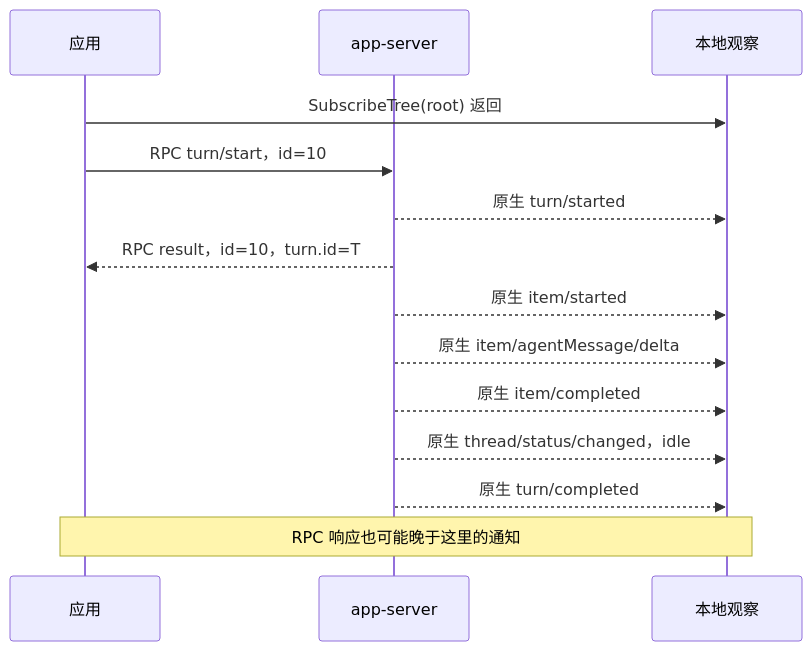
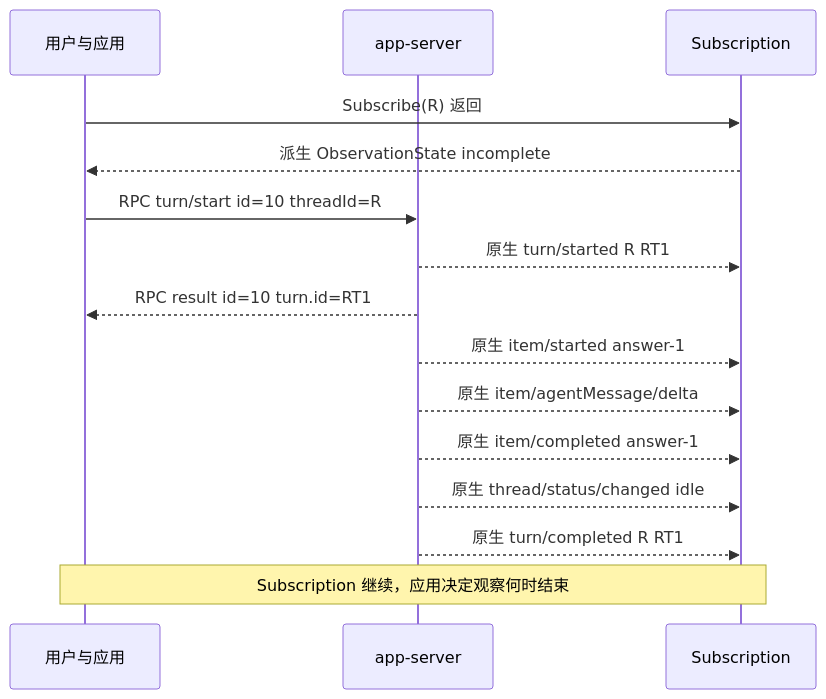
The first of 7 diagrams in docs/event-sequences.md (zoumo/agent-sdk-go), drawn with Mermaid before and after one commit. The commit also changed other lines of this file and 26 other files, not shown here.

Commit message:
Make Subscribe manage root and descendant events by default

````diff
--- a/docs/event-sequences.md
+++ b/docs/event-sequences.md
@@ -45,16 +23,17 @@
 ```mermaid
 sequenceDiagram
-    participant A as 应用
+    participant U as 用户与应用
     participant S as app-server
-    participant O as 本地观察
-    A->>O: SubscribeTree(root) 返回
-    A->>S: RPC turn/start，id=10
-    S-->>O: 原生 turn/started
-    S-->>A: RPC result，id=10，turn.id=T
-    S-->>O: 原生 item/started
+    participant O as Subscription
+    U->>O: Subscribe(R) 返回
+    O-->>U: 派生 ObservationState incomplete
+    U->>S: RPC turn/start id=10 threadId=R
+    S-->>O: 原生 turn/started R RT1
+    S-->>U: RPC result id=10 turn.id=RT1
+    S-->>O: 原生 item/started answer-1
     S-->>O: 原生 item/agentMessage/delta
-    S-->>O: 原生 item/completed
-    S-->>O: 原生 thread/status/changed，idle
-    S-->>O: 原生 turn/completed
-    Note over A,O: RPC 响应也可能晚于这里的通知
+    S-->>O: 原生 item/completed answer-1
+    S-->>O: 原生 thread/status/changed idle
+    S-->>O: 原生 turn/completed R RT1
+    Note over U,O: Subscription 继续，应用决定观察何时结束
 ```
````
